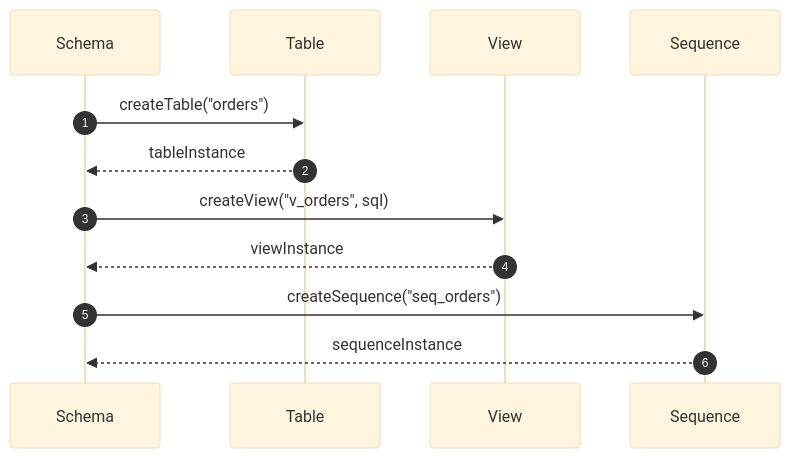
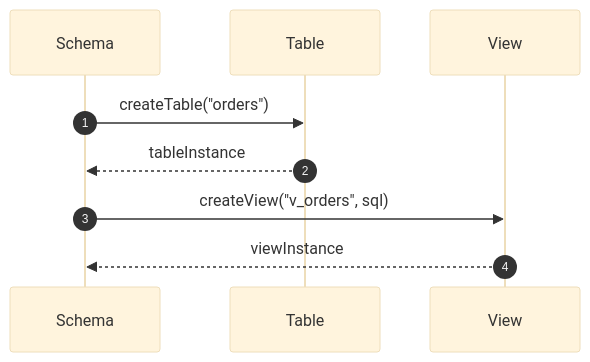
The fifth of 15 diagrams in docs/design_patterns/metadata/Sequece.md (Dikhang1112/Database_Management_BBV), drawn with Mermaid (base theme) before and after one commit. The commit also changed other lines of this file and 40 other files, not shown here.

````diff
--- a/docs/design_patterns/metadata/Sequece.md
+++ b/docs/design_patterns/metadata/Sequece.md
@@ -120,17 +120,13 @@
 ```mermaid
 sequenceDiagram
     autonumber
     participant Schema as Schema
     participant Table as Table
     participant View as View
-    participant Sequence as Sequence
 
     Schema->>Table: createTable("orders")
     Table-->>Schema: tableInstance
 
     Schema->>View: createView("v_orders", sql)
     View-->>Schema: viewInstance
-
-    Schema->>Sequence: createSequence("seq_orders")
-    Sequence-->>Schema: sequenceInstance
 ```
````
